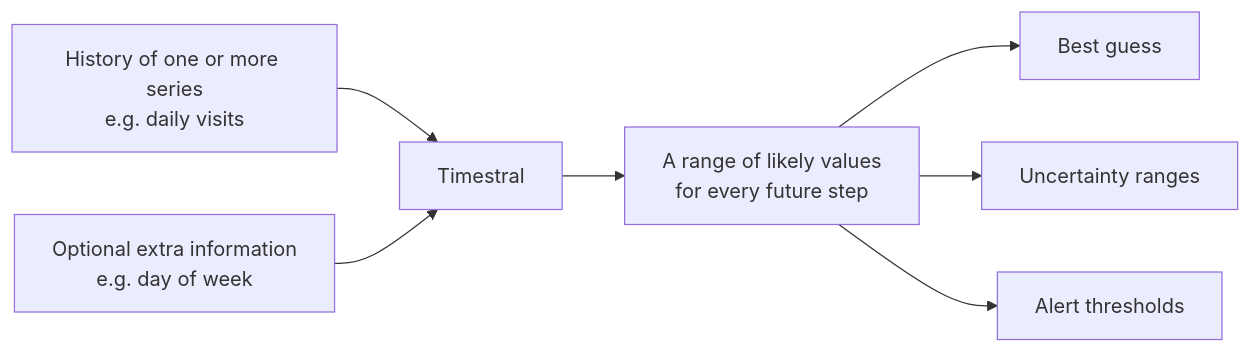
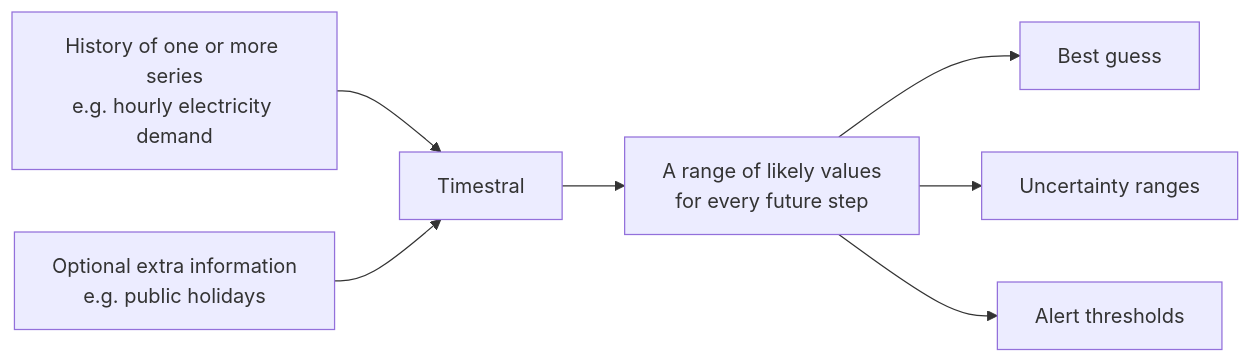
The first of 11 diagrams in docs/01-concepts.md (mourjo/zero-shot-forecasting), drawn with Mermaid before and after one commit. The commit also changed other lines of this file and 3 other files, not shown here.

````diff
--- a/docs/01-concepts.md
+++ b/docs/01-concepts.md
@@ -36,9 +36,9 @@
 ```mermaid
 flowchart LR
-    H["History of one or more series<br/>e.g. daily visits"] --> T["Timestral"]
-    C["Optional extra information<br/>e.g. day of week"] --> T
+    H["History of one or more series<br/>e.g. hourly electricity demand"] --> T["Timestral"]
+    C["Optional extra information<br/>e.g. public holidays"] --> T
     T --> Q["A range of likely values<br/>for every future step"]
     Q --> U1["Best guess"]
     Q --> U2["Uncertainty ranges"]
     Q --> U3["Alert thresholds"]
 ```
````
